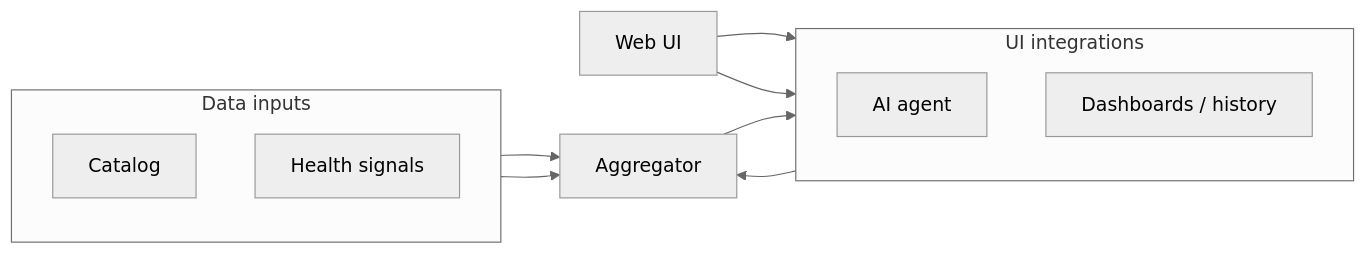
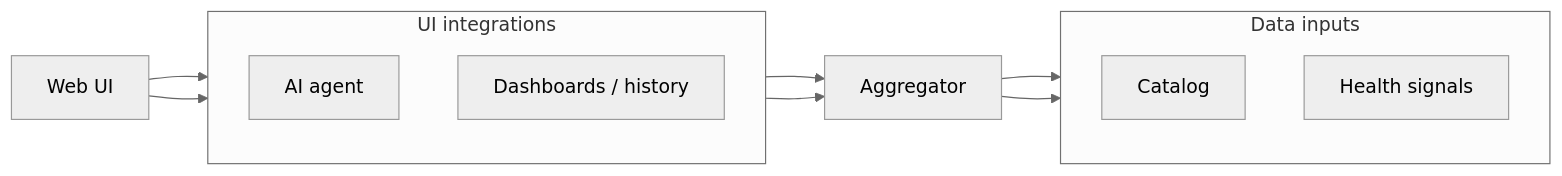
Before and after one commit to aleksei-sapozhnikov/aggregator: the first of 3 diagrams in README.md, drawn with Mermaid (neutral theme).

Commit message:
Clarify overview diagram dependencies

````diff
--- a/README.md
+++ b/README.md
@@ -60,26 +60,27 @@
 ```mermaid
 flowchart LR
   ui["Web UI"]
 
   subgraph experience["UI integrations"]
     direction TB
     agent["AI agent"]
     dashboards["Dashboards / history"]
   end
 
   ui --> agent
   ui --> dashboards
 
   aggregator["Aggregator"]
 
   subgraph inputs["Data inputs"]
     direction TB
     catalog["Catalog"]
     signals["Health signals"]
   end
 
   agent --> aggregator
-  catalog --> aggregator
-  signals --> aggregator
-  aggregator --> dashboards
+  dashboards --> aggregator
+
+  aggregator --> catalog
+  aggregator --> signals
 ```
````
